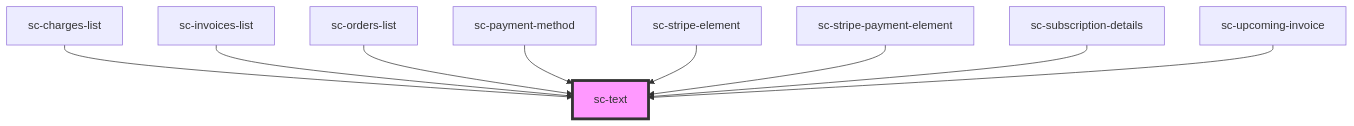
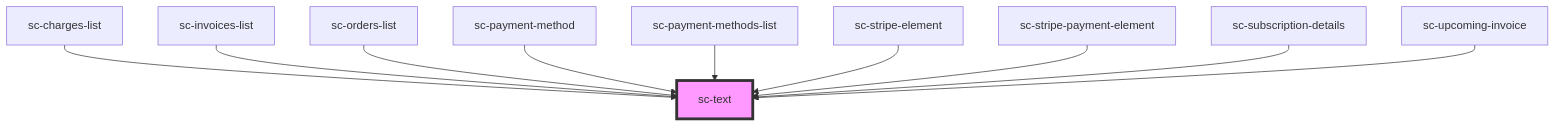
The diagram in packages/components/src/components/ui/text/readme.md (surecart/surecart-wp-plugin), drawn with Mermaid before and after one commit. The commit also changed other lines of this file and 7 other files, not shown here.

````diff
--- a/packages/components/src/components/ui/text/readme.md
+++ b/packages/components/src/components/ui/text/readme.md
@@ -30,12 +31,13 @@
 ```mermaid
 graph TD;
   sc-charges-list --> sc-text
   sc-invoices-list --> sc-text
   sc-orders-list --> sc-text
   sc-payment-method --> sc-text
+  sc-payment-methods-list --> sc-text
   sc-stripe-element --> sc-text
   sc-stripe-payment-element --> sc-text
   sc-subscription-details --> sc-text
   sc-upcoming-invoice --> sc-text
   style sc-text fill:#f9f,stroke:#333,stroke-width:4px
 ```
````
